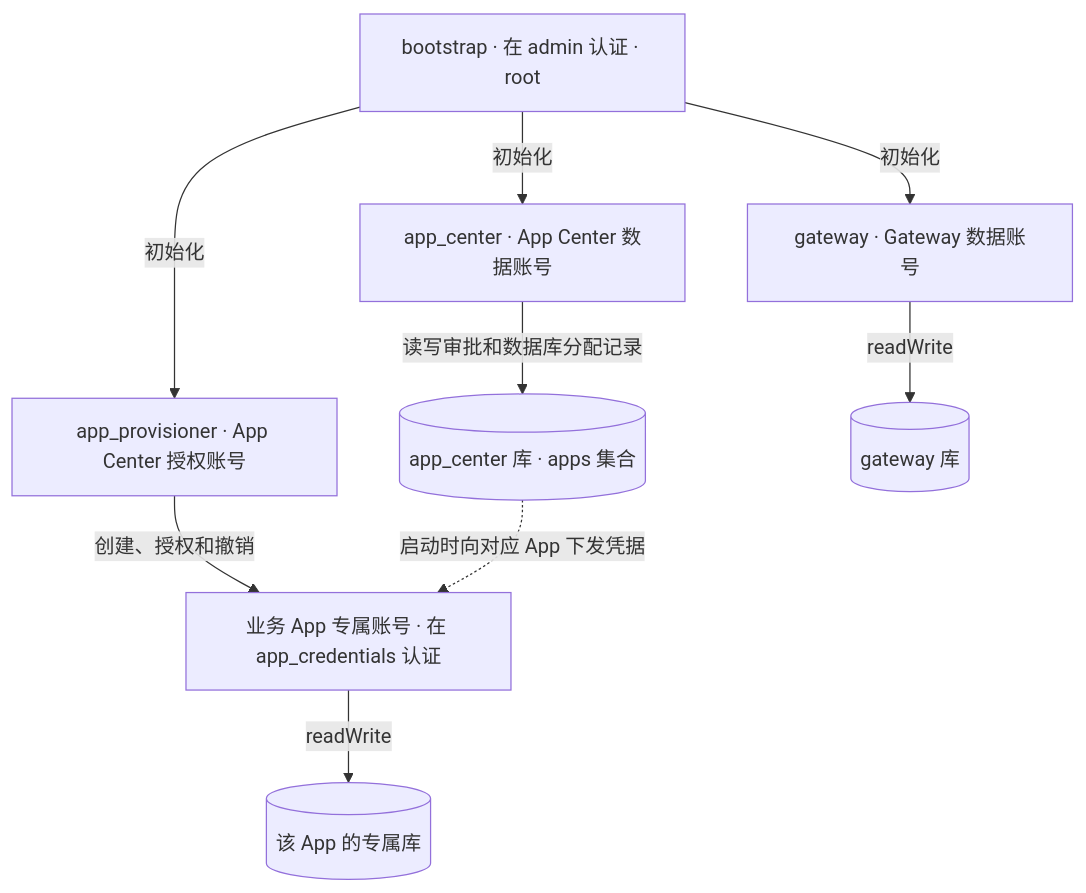
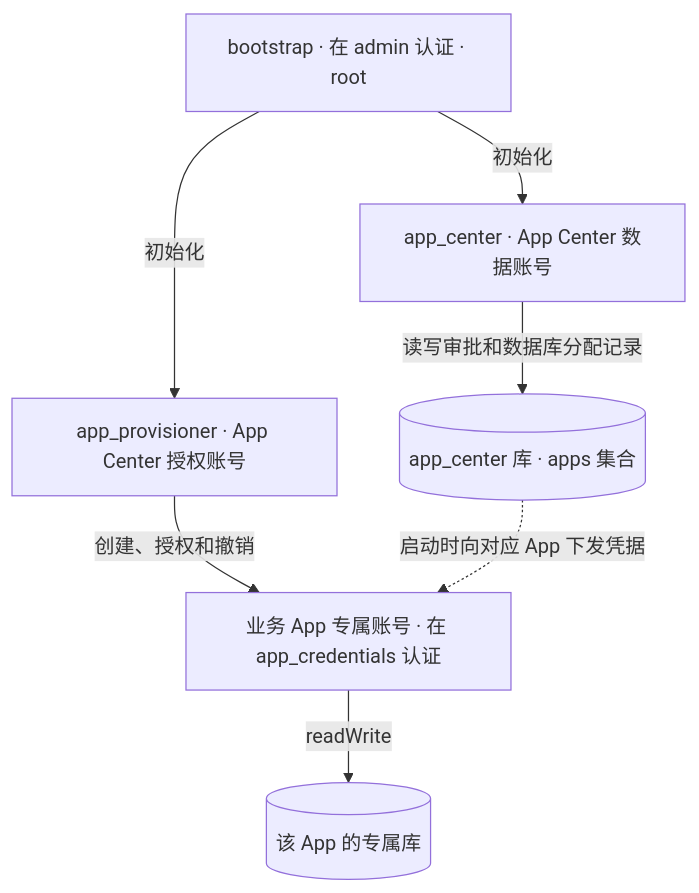
One commit to dingdalong/skynet_agent changed the diagram in docs/CONFIGURATION.md. Above: the diagram before and after it, drawn with Mermaid. The commit also changed other lines of this file and 24 other files, not shown here.

````diff
--- a/docs/CONFIGURATION.md
+++ b/docs/CONFIGURATION.md
@@ -66,18 +65,15 @@
 ```mermaid
 flowchart TD
     root["bootstrap · 在 admin 认证 · root"]
     center["app_center · App Center 数据账号"]
     provision["app_provisioner · App Center 授权账号"]
-    gateway["gateway · Gateway 数据账号"]
     catalog[("app_center 库 · apps 集合")]
     app["业务 App 专属账号 · 在 app_credentials 认证"]
     data[("该 App 的专属库")]
     root -->|初始化| center
     root -->|初始化| provision
-    root -->|初始化| gateway
     center -->|读写审批和数据库分配记录| catalog
     provision -->|创建、授权和撤销| app
     catalog -.->|启动时向对应 App 下发凭据| app
     app -->|readWrite| data
-    gateway -->|readWrite| gwdb[("gateway 库")]
 ```
````
